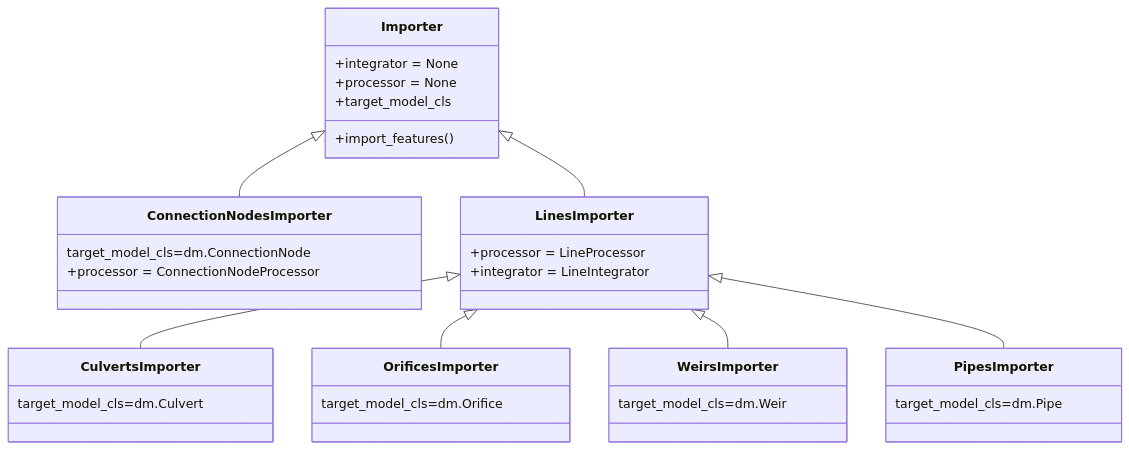
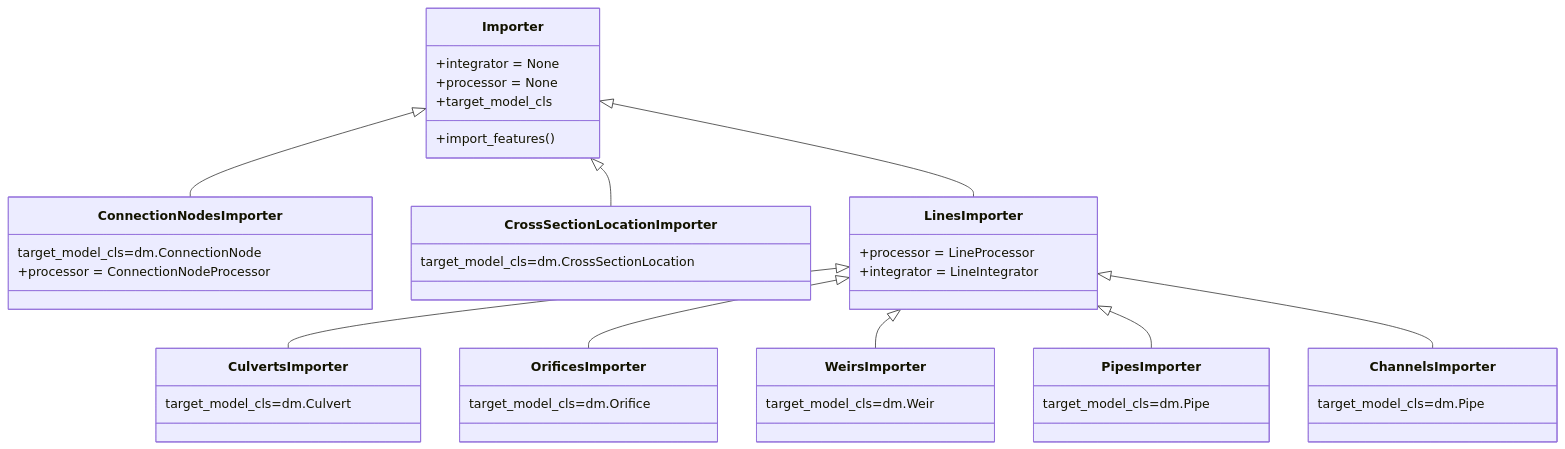
The first of 2 diagrams in DESIGN.md (nens/threedi-schematisation-editor), drawn with Mermaid before and after one commit. The commit also changed other lines of this file and 19 other files, not shown here.

````diff
--- a/DESIGN.md
+++ b/DESIGN.md
@@ -7,43 +7,53 @@
 ```mermaid
 classDiagram
     Importer <|-- ConnectionNodesImporter
+    Importer <|-- CrossSectionLocationImporter
     Importer <|-- LinesImporter
     LinesImporter <|-- CulvertsImporter
     LinesImporter <|-- OrificesImporter
     LinesImporter <|-- WeirsImporter
     LinesImporter <|-- PipesImporter
+    LinesImporter <|--ChannelsImporter
 
     class Importer {
         +integrator = None
         +processor = None
         +target_model_cls
         +import_features()
     }
 
     class ConnectionNodesImporter {
         target_model_cls=dm.ConnectionNode
         +processor = ConnectionNodeProcessor
     }
 
     class LinesImporter {
         +processor = LineProcessor
         +integrator = LineIntegrator
     }
 
     class CulvertsImporter {
         target_model_cls=dm.Culvert
     }
 
     class OrificesImporter {
         target_model_cls=dm.Orifice
     }
     
     class WeirsImporter {
         target_model_cls=dm.Weir
     }
     
     class PipesImporter {
         target_model_cls=dm.Pipe
     }    
+    
+    class ChannelsImporter {
+        target_model_cls=dm.Pipe
+    }        
+    
+    class CrossSectionLocationImporter {
+        target_model_cls=dm.CrossSectionLocation
+    }
 
 ```
````
